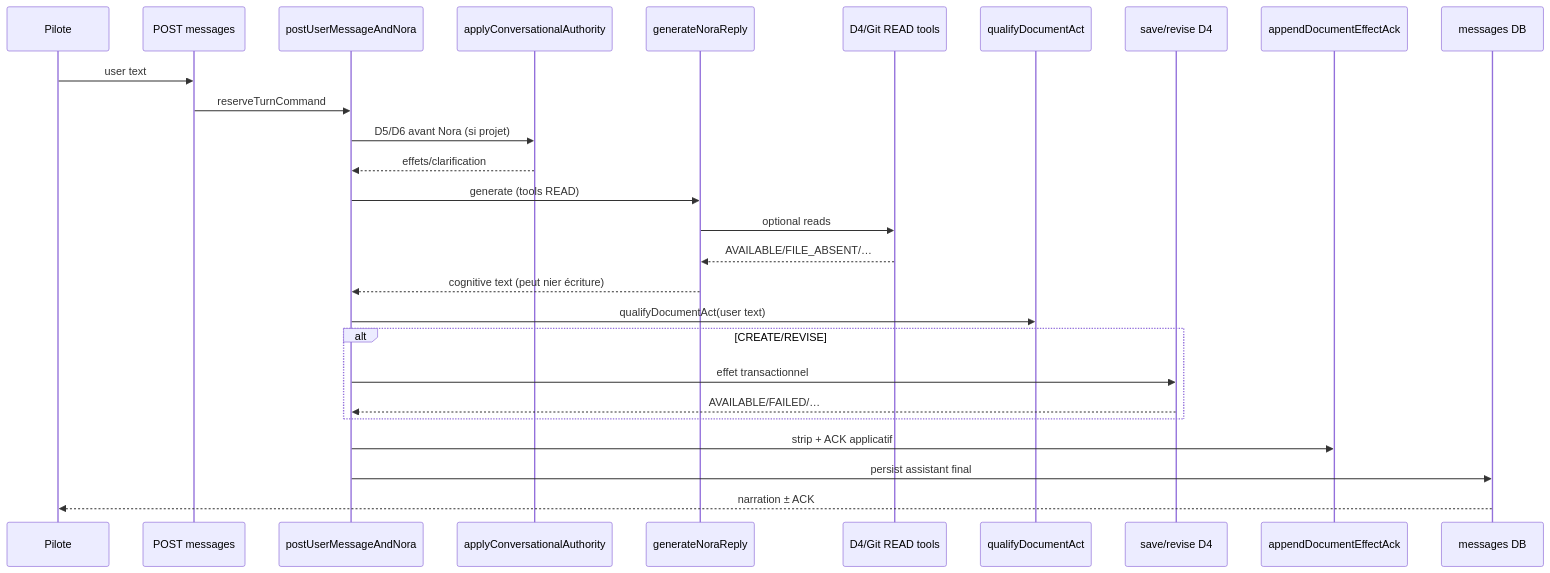
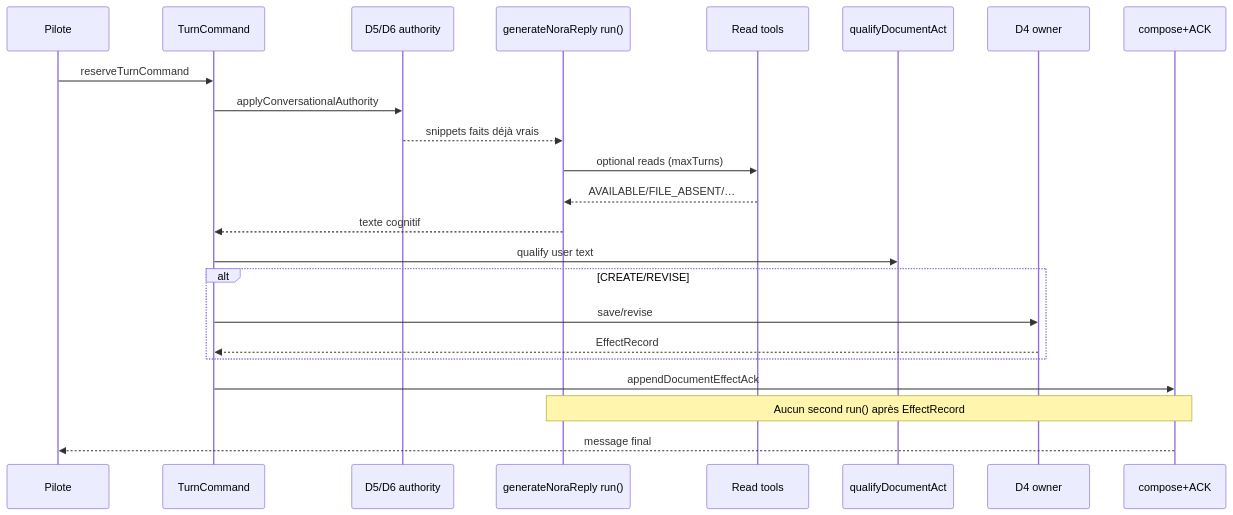
The first of 2 diagrams in sfia-review-handoff/latest-chatgpt-review.md (mcleland147/sfia-workspace), drawn with Mermaid before and after one commit. The commit also changed other lines of this file, not shown here.

Commit message:
review(next): R5 cycle6 cognitive continuation design Nora/Studio

````diff
--- a/sfia-review-handoff/latest-chatgpt-review.md
+++ b/sfia-review-handoff/latest-chatgpt-review.md
@@ -90,30 +98,25 @@
 ```mermaid
 sequenceDiagram
-  participant Pilote
-  participant API as POST messages
-  participant S as postUserMessageAndNora
-  participant D56 as applyConversationalAuthority
-  participant Nora as generateNoraReply
-  participant Tools as D4/Git READ tools
+  participant U as Pilote
+  participant T as TurnCommand
+  participant A as D5/D6 authority
+  participant N as generateNoraReply run()
+  participant R as Read tools
   participant Q as qualifyDocumentAct
-  participant D4 as save/revise D4
-  participant ACK as appendDocumentEffectAck
-  participant DB as messages DB
-
-  Pilote->>API: user text
-  API->>S: reserveTurnCommand
-  S->>D56: D5/D6 avant Nora (si projet)
-  D56-->>S: effets/clarification
-  S->>Nora: generate (tools READ)
-  Nora->>Tools: optional reads
-  Tools-->>Nora: AVAILABLE/FILE_ABSENT/…
-  Nora-->>S: cognitive text (peut nier écriture)
-  S->>Q: qualifyDocumentAct(user text)
+  participant D4 as D4 owner
+  participant C as compose+ACK
+  U->>T: reserveTurnCommand
+  T->>A: applyConversationalAuthority
+  A-->>N: snippets faits déjà vrais
+  N->>R: optional reads (maxTurns)
+  R-->>N: AVAILABLE/FILE_ABSENT/…
+  N-->>T: texte cognitif
+  T->>Q: qualify user text
   alt CREATE/REVISE
-    S->>D4: effet transactionnel
-    D4-->>S: AVAILABLE/FAILED/…
+    T->>D4: save/revise
+    D4-->>T: EffectRecord
   end
-  S->>ACK: strip + ACK applicatif
-  S->>DB: persist assistant final
-  DB-->>Pilote: narration ± ACK
+  T->>C: appendDocumentEffectAck
+  Note over N,C: Aucun second run() après EffectRecord
+  C-->>U: message final
 ```
````
